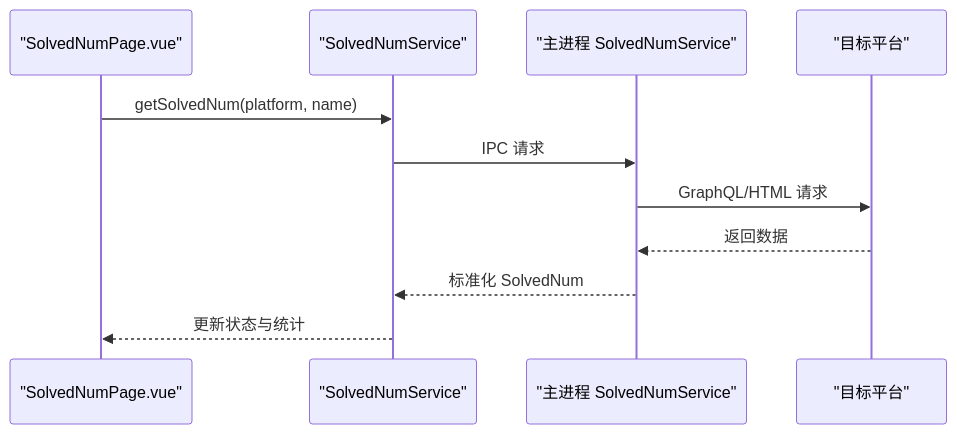
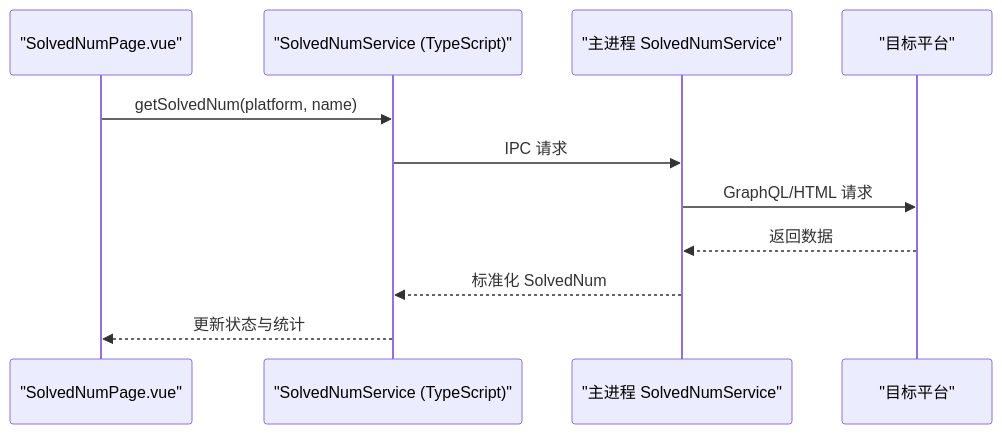
One commit to Siborne/OJFlow changed the fifth of 7 diagrams in .qoder/repowiki/zh/content/核心功能模块/核心功能模块.md. Above: the diagram before and after it, drawn with Mermaid. The commit also changed other lines of this file and 12 other files, not shown here.

````diff
--- a/.qoder/repowiki/zh/content/核心功能模块/核心功能模块.md
+++ b/.qoder/repowiki/zh/content/核心功能模块/核心功能模块.md
@@ -236,13 +251,13 @@
 ```mermaid
 sequenceDiagram
 participant View as "SolvedNumPage.vue"
-participant Service as "SolvedNumService"
+participant Service as "SolvedNumService (TypeScript)"
 participant MainSvc as "主进程 SolvedNumService"
 participant Platform as "目标平台"
 View->>Service : getSolvedNum(platform, name)
 Service->>MainSvc : IPC 请求
 MainSvc->>Platform : GraphQL/HTML 请求
 Platform-->>MainSvc : 返回数据
 MainSvc-->>Service : 标准化 SolvedNum
 Service-->>View : 更新状态与统计
 ```
````
